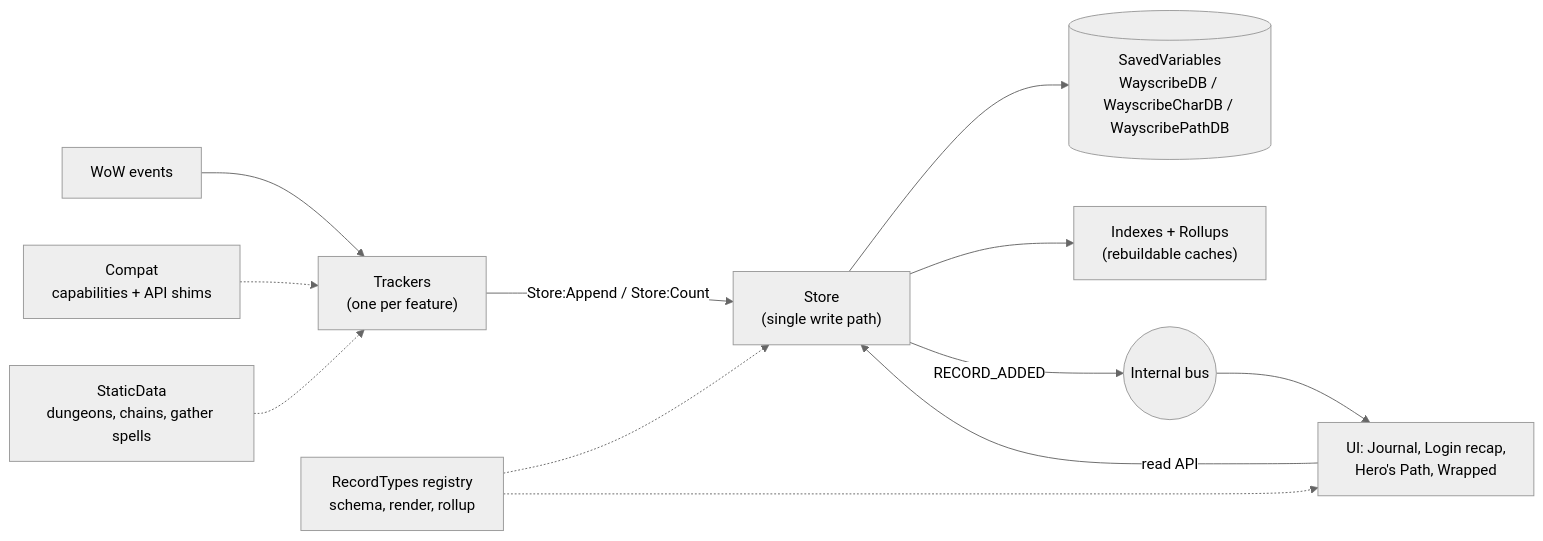
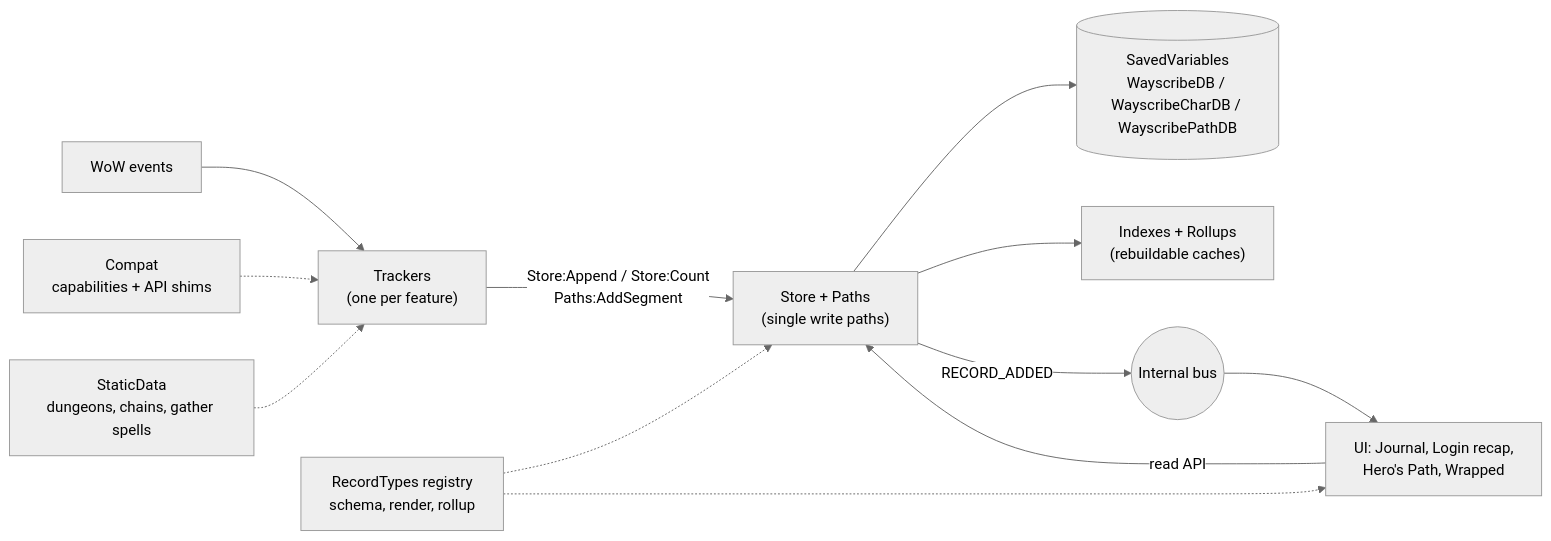
The diagram in docs/ARCHITECTURE.md (ollidiemaus/wayscribe), drawn with Mermaid (neutral theme) before and after one commit. The commit also changed other lines of this file and 31 other files, not shown here.

````diff
--- a/docs/ARCHITECTURE.md
+++ b/docs/ARCHITECTURE.md
@@ -51,14 +51,14 @@
 ```mermaid
 flowchart LR
     WoW["WoW events"] --> T["Trackers<br/>(one per feature)"]
     C["Compat<br/>capabilities + API shims"] -.-> T
     SD["StaticData<br/>dungeons, chains, gather spells"] -.-> T
-    T -->|"Store:Append / Store:Count"| S["Store<br/>(single write path)"]
+    T -->|"Store:Append / Store:Count<br/>Paths:AddSegment"| S["Store + Paths<br/>(single write paths)"]
     S --> DB[("SavedVariables<br/>WayscribeDB / WayscribeCharDB / WayscribePathDB")]
     S --> IX["Indexes + Rollups<br/>(rebuildable caches)"]
     S -->|"RECORD_ADDED"| BUS(("Internal bus"))
     BUS --> UI["UI: Journal, Login recap,<br/>Hero's Path, Wrapped"]
     UI -->|"read API"| S
     RT["RecordTypes registry<br/>schema, render, rollup"] -.-> S
     RT -.-> UI
 ```
````
